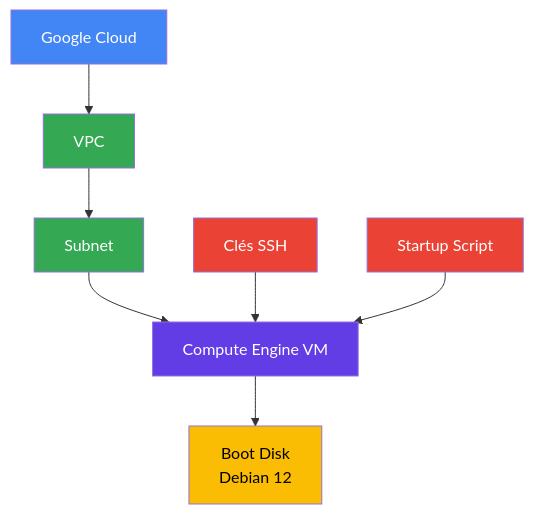
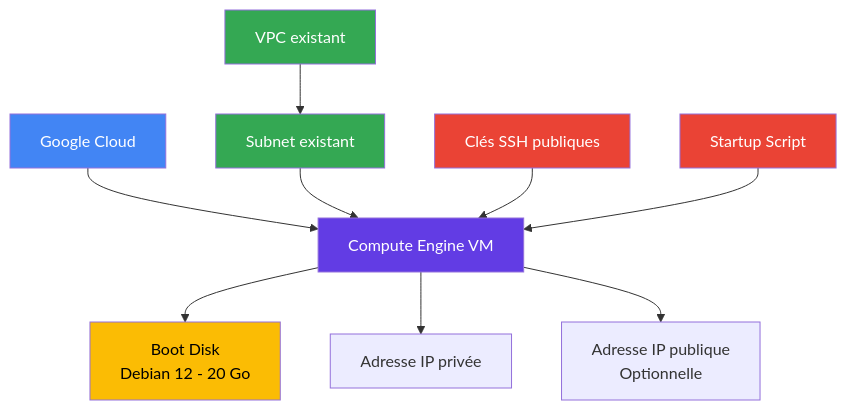
One commit to ismael-belghazi/medirdv changed the diagram in terraform/modules/vm/README.md. Above: the diagram before and after it, drawn with Mermaid. The commit also changed other lines of this file and 6 other files, not shown here.

````diff
--- a/terraform/modules/vm/README.md
+++ b/terraform/modules/vm/README.md
@@ -18,25 +19,29 @@
-```mermaid 
+```mermaid
 flowchart TD
     GCP["Google Cloud"]
-    VPC["VPC"]
-    SUBNET["Subnet"]
+    VPC["VPC existant"]
+    SUBNET["Subnet existant"]
     VM["Compute Engine VM"]
-    DISK["Boot Disk<br/>Debian 12"]
-    SSH["Clés SSH"]
+    DISK["Boot Disk<br/>Debian 12 - 20 Go"]
+    SSH["Clés SSH publiques"]
     SCRIPT["Startup Script"]
+    PRIVATE["Adresse IP privée"]
+    PUBLIC["Adresse IP publique<br/>Optionnelle"]
 
-    GCP --> VPC
+    GCP --> VM
     VPC --> SUBNET
     SUBNET --> VM
     VM --> DISK
     SSH --> VM
     SCRIPT --> VM
+    VM --> PRIVATE
+    VM --> PUBLIC
 
     style GCP fill:#4285F4,color:#fff
     style VPC fill:#34A853,color:#fff
     style SUBNET fill:#34A853,color:#fff
     style VM fill:#623CE4,color:#fff
     style DISK fill:#FBBC04,color:#000
     style SSH fill:#EA4335,color:#fff
     style SCRIPT fill:#EA4335,color:#fff
 ```
````
